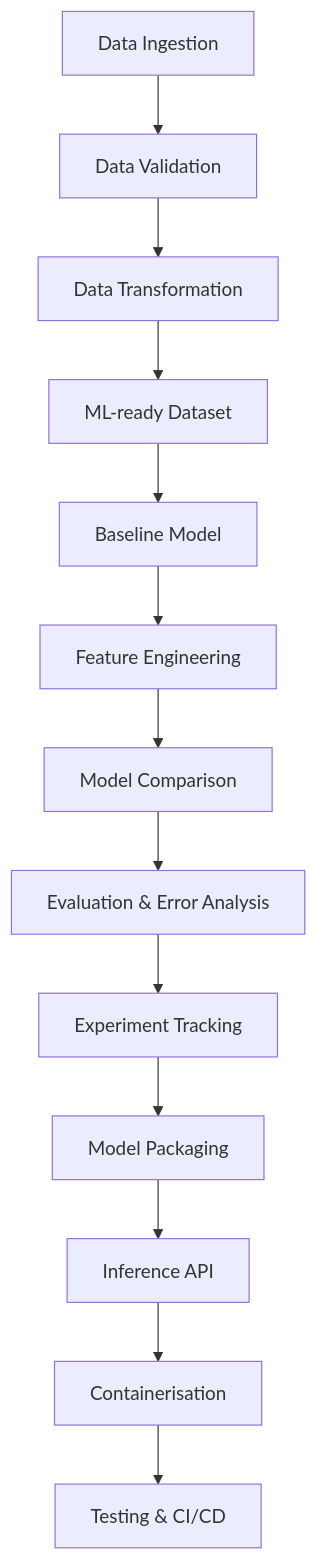
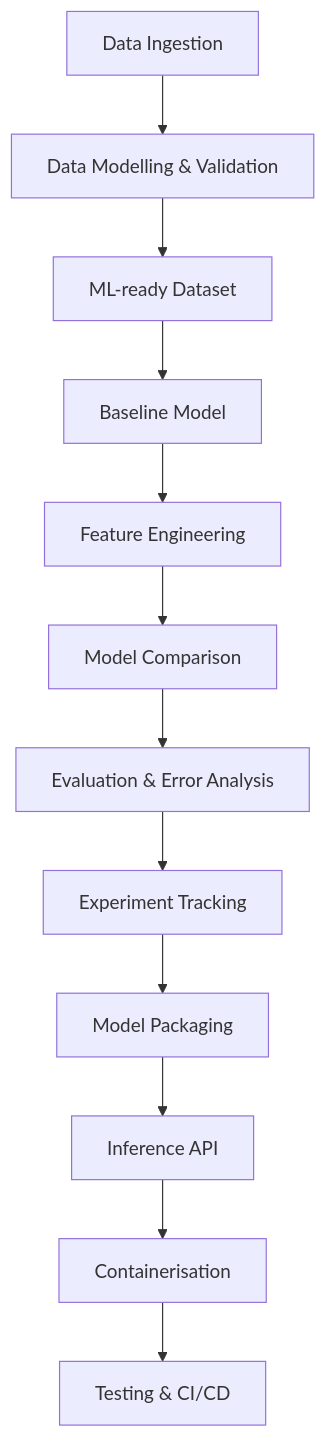
Before and after one commit to Ibrian93/incident-risk-prediction: the second of 2 diagrams in README.md, drawn with Mermaid. The commit also changed other lines of this file and 9 other files, not shown here.

````diff
--- a/README.md
+++ b/README.md
@@ -197,15 +339,14 @@
 ```mermaid
 flowchart TD
-    A[Data Ingestion] --> B[Data Validation]
-    B --> C[Data Transformation]
-    C --> D[ML-ready Dataset]
-    D --> E[Baseline Model]
-    E --> F[Feature Engineering]
-    F --> G[Model Comparison]
-    G --> H[Evaluation & Error Analysis]
-    H --> I[Experiment Tracking]
-    I --> J[Model Packaging]
-    J --> K[Inference API]
-    K --> L[Containerisation]
-    L --> M[Testing & CI/CD]
+    A[Data Ingestion] --> B[Data Modelling & Validation]
+    B --> C[ML-ready Dataset]
+    C --> D[Baseline Model]
+    D --> E[Feature Engineering]
+    E --> F[Model Comparison]
+    F --> G[Evaluation & Error Analysis]
+    G --> H[Experiment Tracking]
+    H --> I[Model Packaging]
+    I --> J[Inference API]
+    J --> K[Containerisation]
+    K --> L[Testing & CI/CD]
 ```
````
